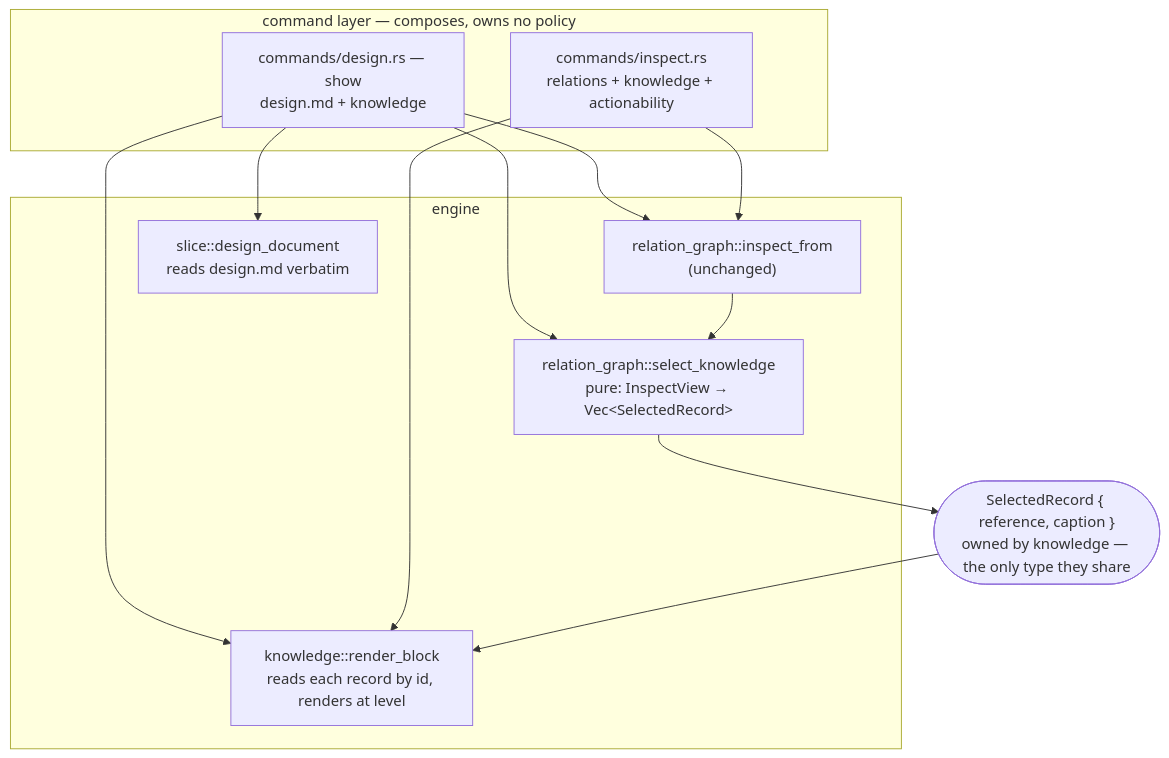
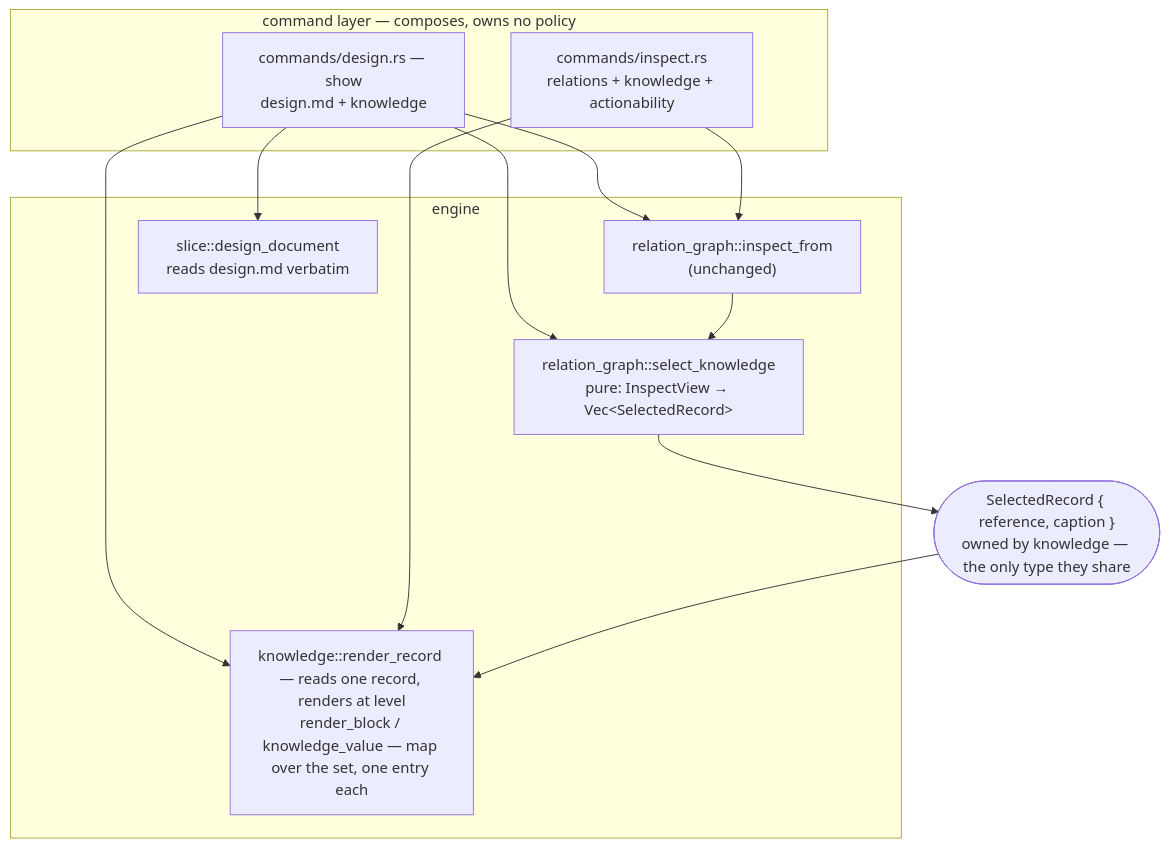
The second of 3 diagrams in .doctrine/slice/246/design.md (davidlee/doctrine), drawn with Mermaid before and after one commit. The commit also changed other lines of this file and 2 other files, not shown here.

````diff
--- a/.doctrine/slice/246/design.md
+++ b/.doctrine/slice/246/design.md
@@ -539,22 +543,22 @@
 ```mermaid
 flowchart TB
   subgraph cl["command layer — composes, owns no policy"]
     CI["commands/inspect.rs<br/>relations + knowledge + actionability"]
     CSD["commands/design.rs — show<br/>design.md + knowledge"]
   end
   subgraph eng["engine"]
     SEL["relation_graph::select_knowledge<br/>pure: InspectView → Vec&lt;SelectedRecord&gt;"]
-    KR["knowledge::render_block<br/>reads each record by id, renders at level"]
+    KR["knowledge::render_record — reads one record, renders at level<br/>render_block / knowledge_value — map over the set, one entry each"]
     IF["relation_graph::inspect_from<br/>(unchanged)"]
     SD["slice::design_document<br/>reads design.md verbatim"]
   end
   SR(["SelectedRecord { reference, caption }<br/>owned by knowledge — the only type they share"])
 
   CI --> IF --> SEL
   CSD --> SD
   CSD --> IF
   CSD --> SEL
   SEL --> SR --> KR
   CI --> KR
   CSD --> KR
 ```
````
